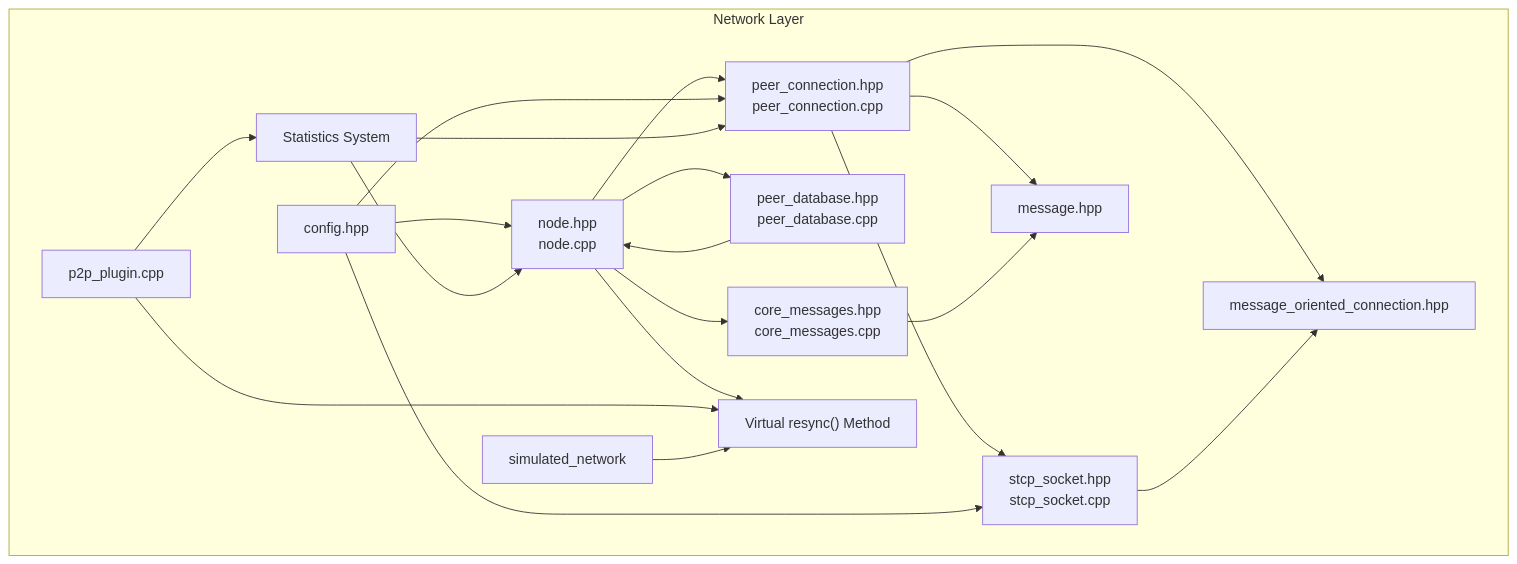
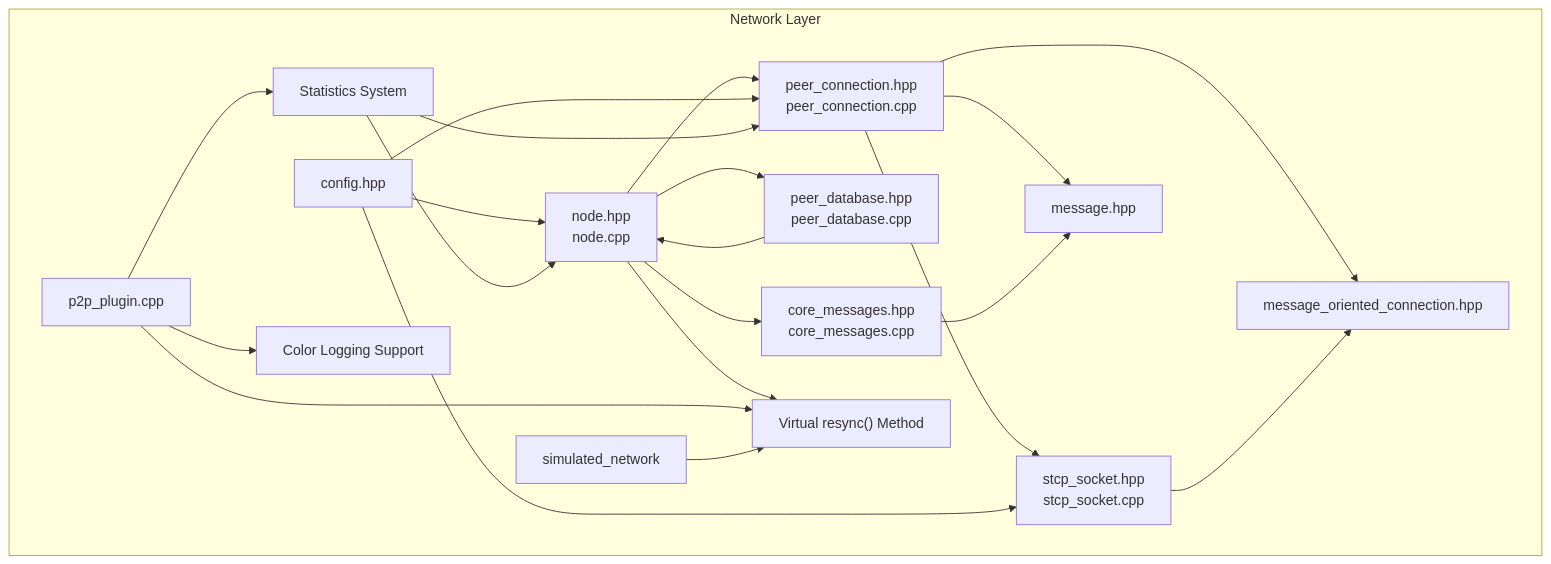
One commit to VIZ-Blockchain/viz-cpp-node changed the first of 13 diagrams in .qoder/repowiki/en/content/Architecture Overview/Core Libraries/Network Library/Network Library.md. Above: the diagram before and after it, drawn with Mermaid. The commit also changed other lines of this file and 9 other files, not shown here.

````diff
--- a/.qoder/repowiki/en/content/Architecture Overview/Core Libraries/Network Library/Network Library.md
+++ b/.qoder/repowiki/en/content/Architecture Overview/Core Libraries/Network Library/Network Library.md
@@ -61,35 +63,37 @@
 ```mermaid
 graph TB
 subgraph "Network Layer"
 N["node.hpp<br/>node.cpp"]
 PC["peer_connection.hpp<br/>peer_connection.cpp"]
 MSG["message.hpp"]
 CM["core_messages.hpp<br/>core_messages.cpp"]
 STCP["stcp_socket.hpp<br/>stcp_socket.cpp"]
 PD["peer_database.hpp<br/>peer_database.cpp"]
 MOC["message_oriented_connection.hpp"]
 CFG["config.hpp"]
 STATS["Statistics System"]
 P2P["p2p_plugin.cpp"]
 RESYNC["Virtual resync() Method"]
 SIMNET["simulated_network"]
+COLOR["Color Logging Support"]
 end
 N --> PC
 N --> PD
 N --> CM
 N --> RESYNC
 PC --> MOC
 PC --> STCP
 PC --> MSG
 CM --> MSG
 STCP --> MOC
 PD --> N
 CFG --> N
 CFG --> PC
 CFG --> STCP
 STATS --> N
 STATS --> PC
 P2P --> STATS
 P2P --> RESYNC
+P2P --> COLOR
 SIMNET --> RESYNC
 ```
````
